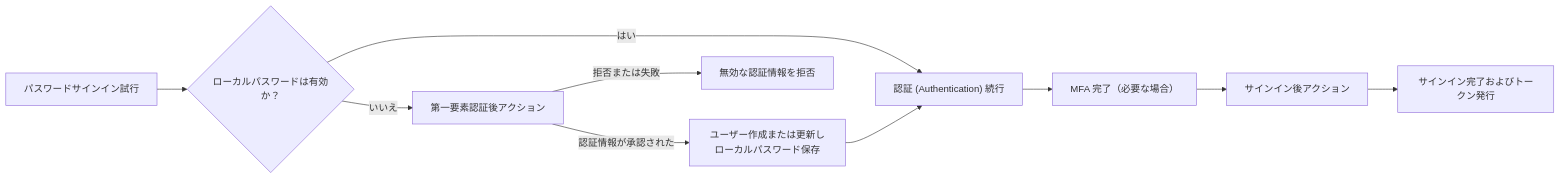
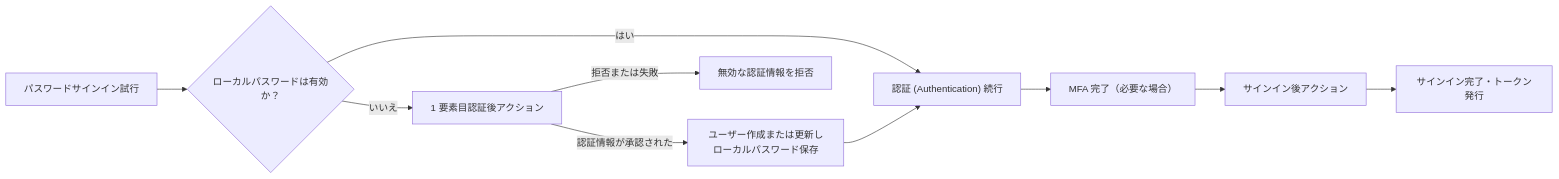
One commit to logto-io/docs changed the diagram in i18n/ja/docusaurus-plugin-content-docs/current/developers/actions/README.mdx. Above: the diagram before and after it, drawn with Mermaid. The commit also changed other lines of this file and 17 other files, not shown here.

````diff
--- a/i18n/ja/docusaurus-plugin-content-docs/current/developers/actions/README.mdx
+++ b/i18n/ja/docusaurus-plugin-content-docs/current/developers/actions/README.mdx
@@ -29,12 +29,12 @@
 ```mermaid
 flowchart LR
   A["パスワードサインイン試行"] --> B{"ローカルパスワードは有効か？"}
   B -->|"はい"| E["認証 (Authentication) 続行"]
-  B -->|"いいえ"| C["第一要素認証後アクション"]
+  B -->|"いいえ"| C["1 要素目認証後アクション"]
   C -->|"認証情報が承認された"| D["ユーザー作成または更新しローカルパスワード保存"]
   C -->|"拒否または失敗"| X["無効な認証情報を拒否"]
   D --> E
   E --> F["MFA 完了（必要な場合）"]
   F --> G["サインイン後アクション"]
-  G --> H["サインイン完了およびトークン発行"]
+  G --> H["サインイン完了・トークン発行"]
 ```
````
